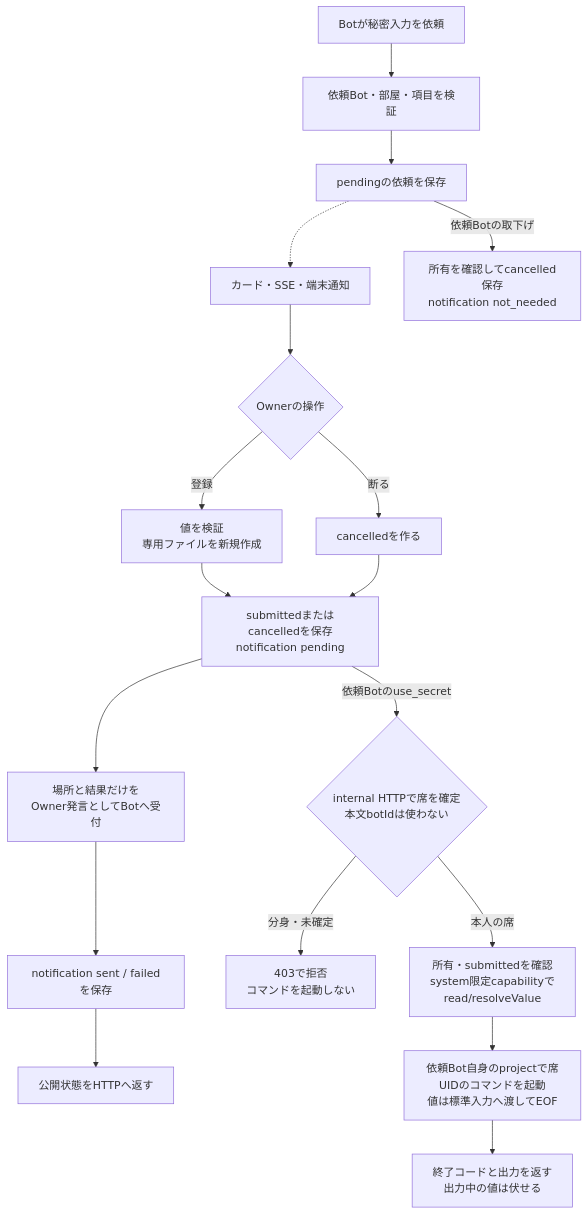
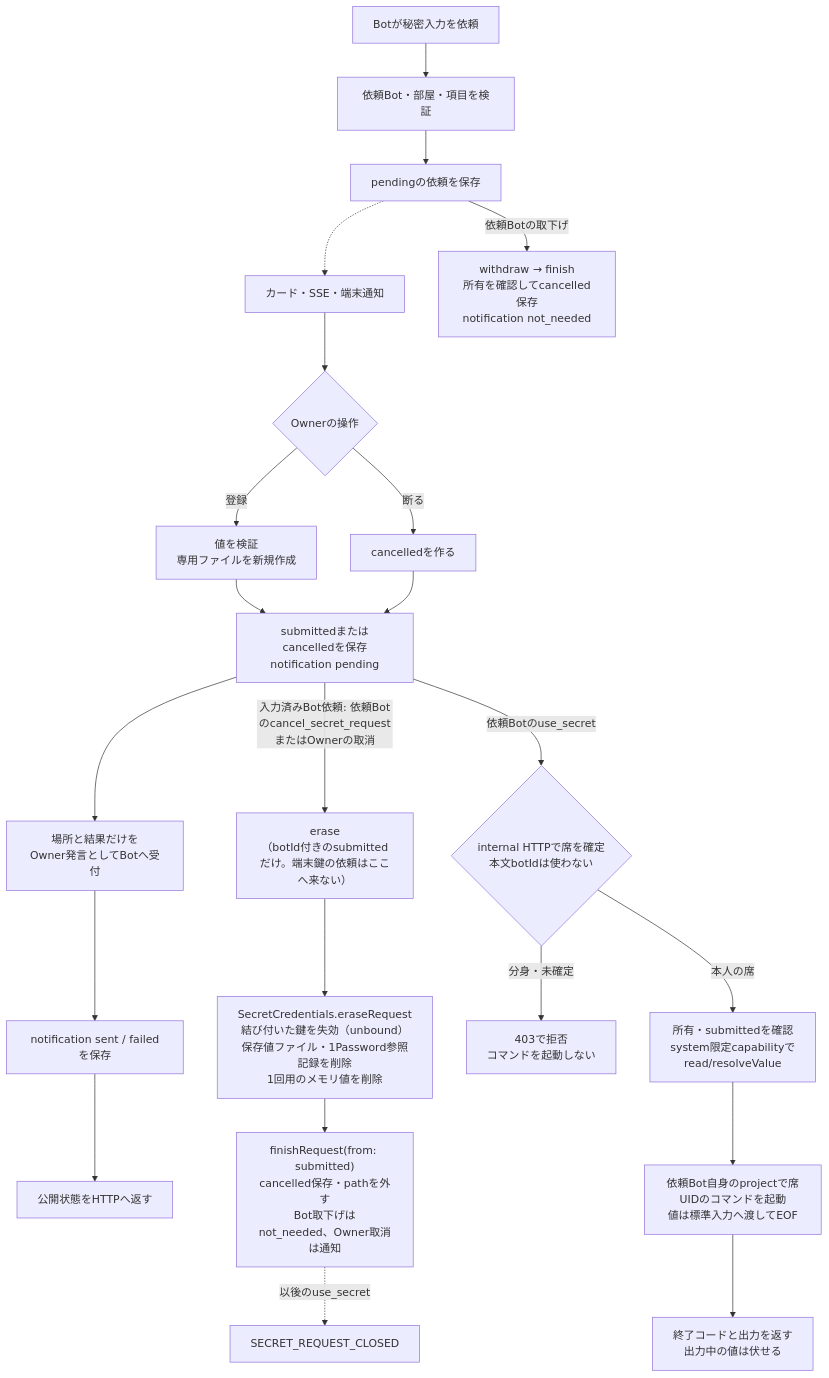
The first of 5 diagrams in docs/architecture/modules/usage/flows.md (kitepon/BellTeam), drawn with Mermaid before and after one commit. The commit also changed other lines of this file, not shown here.

Commit message:
Draw the submitted-request erase path in the usage secret flow

````diff
--- a/docs/architecture/modules/usage/flows.md
+++ b/docs/architecture/modules/usage/flows.md
@@ -7,20 +7,24 @@
 ```mermaid
 flowchart TD
   Ask["Botが秘密入力を依頼"] --> Create["依頼Bot・部屋・項目を検証"]
   Create --> Pending["pendingの依頼を保存"]
   Pending -.-> Card["カード・SSE・端末通知"]
   Card --> Owner{"Ownerの操作"}
   Owner -->|"登録"| Value["値を検証<br/>専用ファイルを新規作成"]
   Owner -->|"断る"| Cancel["cancelledを作る"]
   Value --> State["submittedまたはcancelledを保存<br/>notification pending"]
   Cancel --> State
   State --> Notify["場所と結果だけを<br/>Owner発言としてBotへ受付"]
   Notify --> Result["notification sent / failedを保存"]
   Result --> Reply["公開状態をHTTPへ返す"]
-  Pending -->|"依頼Botの取下げ"| Withdraw["所有を確認してcancelled保存<br/>notification not_needed"]
+  Pending -->|"依頼Botの取下げ"| Withdraw["withdraw → finish<br/>所有を確認してcancelled保存<br/>notification not_needed"]
+  State -->|"入力済みBot依頼: 依頼Botのcancel_secret_request<br/>またはOwnerの取消"| Erase["erase<br/>（botId付きのsubmittedだけ。端末鍵の依頼はここへ来ない）"]
+  Erase --> EraseCred["SecretCredentials.eraseRequest<br/>結び付いた鍵を失効（unbound）<br/>保存値ファイル・1Password参照記録を削除<br/>1回用のメモリ値を削除"]
+  EraseCred --> EraseSave["finishRequest(from: submitted)<br/>cancelled保存・pathを外す<br/>Bot取下げはnot_needed、Owner取消は通知"]
+  EraseSave -.->|"以後のuse_secret"| Closed["SECRET_REQUEST_CLOSED"]
   State -->|"依頼Botのuse_secret"| Seat{"internal HTTPで席を確定<br/>本文botIdは使わない"}
   Seat -->|"分身・未確定"| Refuse["403で拒否<br/>コマンドを起動しない"]
   Seat -->|"本人の席"| Use["所有・submittedを確認<br/>system限定capabilityで<br/>read/resolveValue"]
   Use --> SeatRun["依頼Bot自身のprojectで席UIDのコマンドを起動<br/>値は標準入力へ渡してEOF"]
   SeatRun --> UseReply["終了コードと出力を返す<br/>出力中の値は伏せる"]
 ```
````
